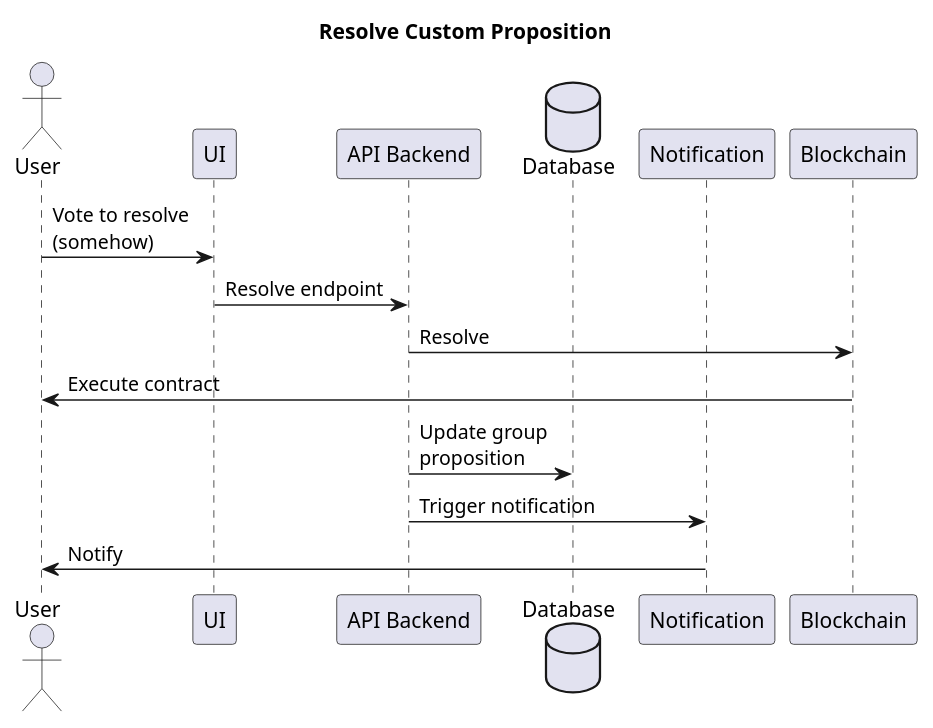
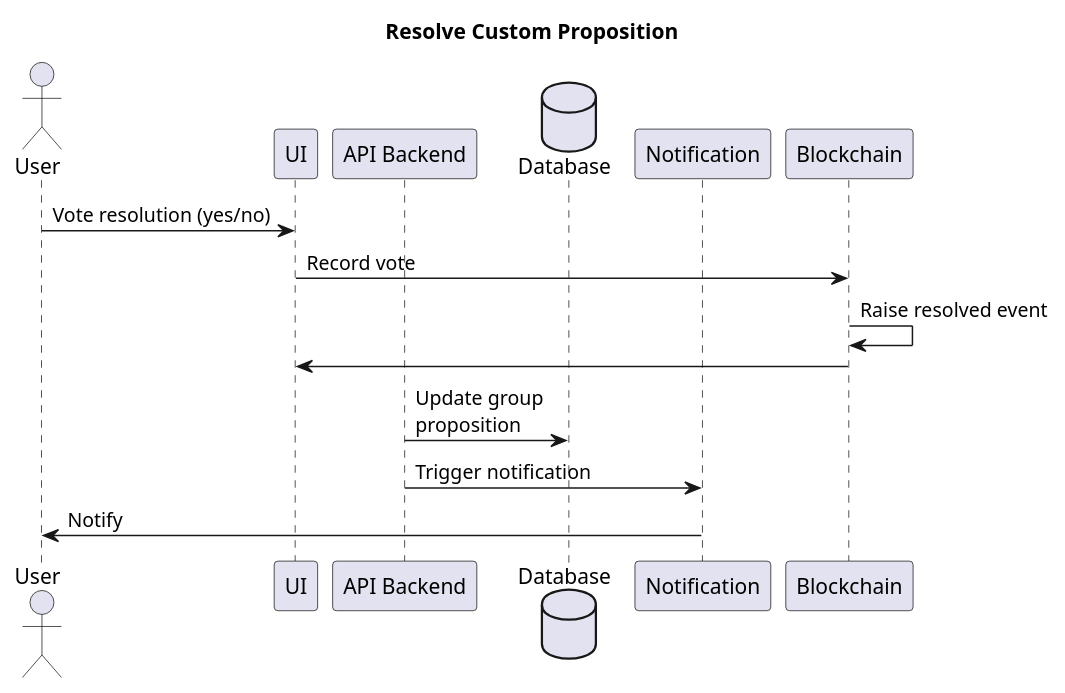
One commit to adhurjaty/prediction-app changed the diagram in Diagrams/UserStories/resolve_custom_proposition.puml. Above: the diagram before and after it, drawn with PlantUML. The commit also changed 6 other files, not shown here.

```diff
--- a/Diagrams/UserStories/resolve_custom_proposition.puml
+++ b/Diagrams/UserStories/resolve_custom_proposition.puml
@@ -1,20 +1,20 @@
 @startuml Resolve Custom Proposition 
 
 title Resolve Custom Proposition 
 
 actor User as user
 participant UI as ui
 participant "API Backend" as api
 database Database as db
 participant Notification as notify
 participant Blockchain as bc
 
-user -> ui : Vote to resolve\n(somehow)
-ui -> api : Resolve endpoint
-api -> bc : Resolve
-bc -> user : Execute contract
+user -> ui : Vote resolution (yes/no)
+ui -> bc : Record vote
+bc -> bc : Raise resolved event
+bc -> ui : 
 api -> db : Update group\nproposition
 api -> notify : Trigger notification
 notify -> user : Notify
 
 @enduml
```
